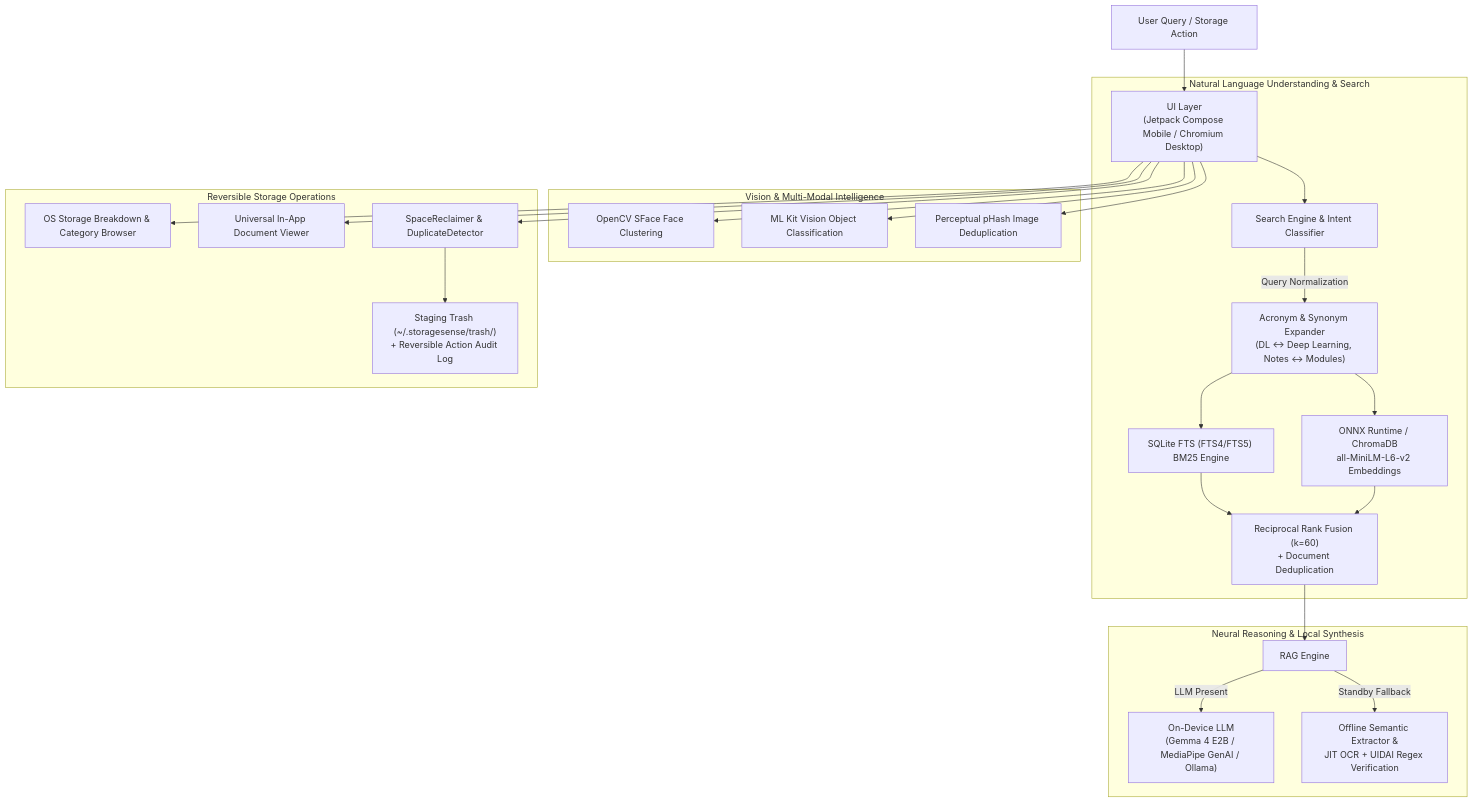
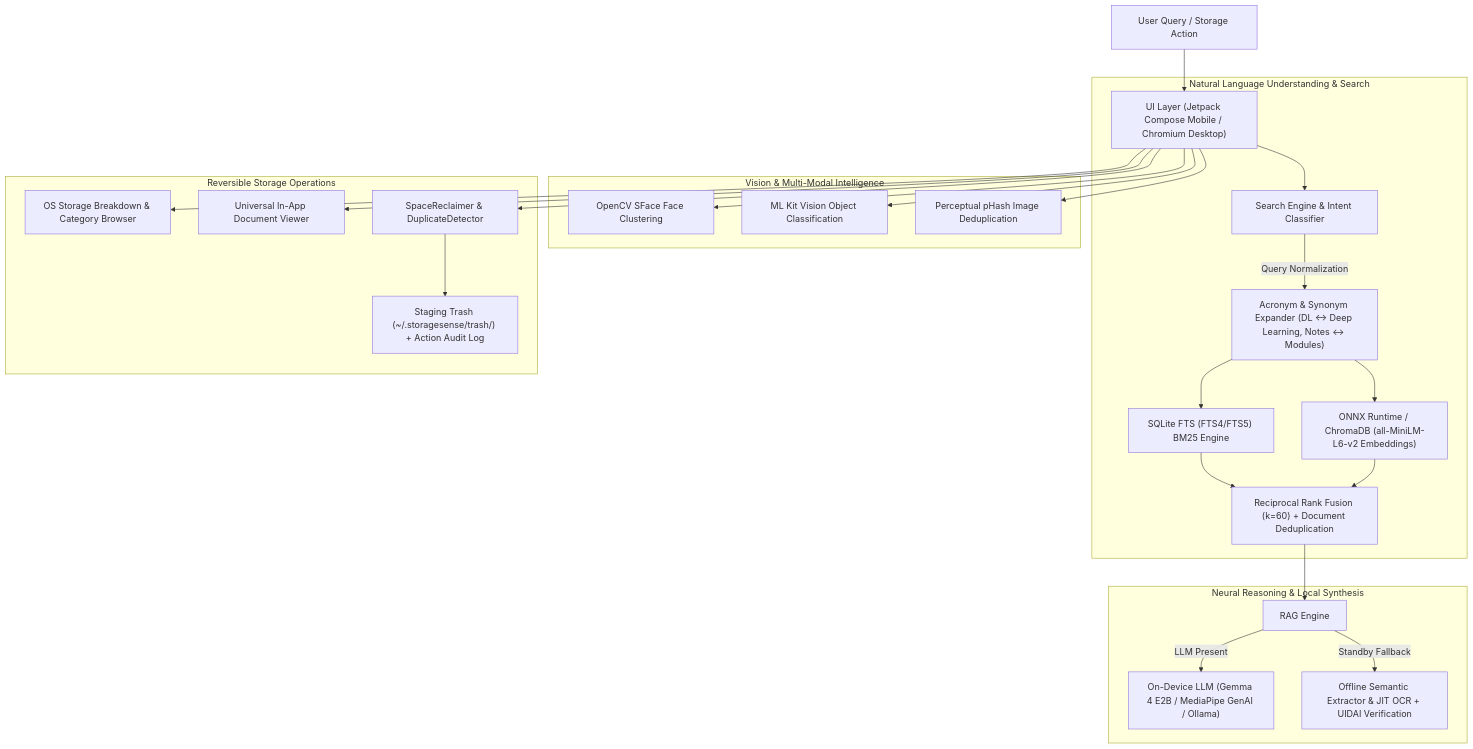
Before and after one commit to Orsted-Ninja/Reiatsu: the diagram in README.md, drawn with Mermaid. The commit also changed other lines of this file and 10 other files, not shown here.

Commit message:
docs: replace showcase images with video-extracted high-res screenshots and restore architecture diagram

````diff
--- a/README.md
+++ b/README.md
@@ -136,32 +136,32 @@
 ```mermaid
 flowchart TD
-    User["User Query / Storage Action"] --> UI["UI Layer<br/>(Jetpack Compose Mobile / Chromium Desktop)"]
+    User["User Query / Storage Action"] --> UI["UI Layer (Jetpack Compose Mobile / Chromium Desktop)"]
     
     subgraph Natural_Language_Understanding ["Natural Language Understanding & Search"]
         UI --> Intent["Search Engine & Intent Classifier"]
-        Intent -->|Query Normalization| Expander["Acronym & Synonym Expander<br/>(DL <-> Deep Learning, Notes <-> Modules)"]
+        Intent -->|Query Normalization| Expander["Acronym & Synonym Expander (DL ↔ Deep Learning, Notes ↔ Modules)"]
         Expander --> BM25["SQLite FTS (FTS4/FTS5) BM25 Engine"]
-        Expander --> Vector["ONNX Runtime / ChromaDB<br/>all-MiniLM-L6-v2 Embeddings"]
-        BM25 --> RRF["Reciprocal Rank Fusion (k=60)<br/>+ Document Deduplication"]
+        Expander --> Vector["ONNX Runtime / ChromaDB (all-MiniLM-L6-v2 Embeddings)"]
+        BM25 --> RRF["Reciprocal Rank Fusion (k=60) + Document Deduplication"]
         Vector --> RRF
     end
 
     subgraph Neural_Reasoning ["Neural Reasoning & Local Synthesis"]
         RRF --> RAG["RAG Engine"]
-        RAG -->|LLM Present| LLM["On-Device LLM<br/>(Gemma 4 E2B / MediaPipe GenAI / Ollama)"]
-        RAG -->|Standby Fallback| Semantic["Offline Semantic Extractor &<br/>JIT OCR + UIDAI Regex Verification"]
+        RAG -->|LLM Present| LLM["On-Device LLM (Gemma 4 E2B / MediaPipe GenAI / Ollama)"]
+        RAG -->|Standby Fallback| Semantic["Offline Semantic Extractor & JIT OCR + UIDAI Verification"]
     end
 
     subgraph Vision_Intelligence ["Vision & Multi-Modal Intelligence"]
         UI --> FaceRec["OpenCV SFace Face Clustering"]
         UI --> MLKit["ML Kit Vision Object Classification"]
         UI --> Perceptual["Perceptual pHash Image Deduplication"]
     end
 
     subgraph Storage_Operations ["Reversible Storage Operations"]
         UI --> Categories["OS Storage Breakdown & Category Browser"]
         UI --> Viewer["Universal In-App Document Viewer"]
         UI --> Safety["SpaceReclaimer & DuplicateDetector"]
-        Safety --> Trash["Staging Trash (~/.storagesense/trash/)<br/>+ Reversible Action Audit Log"]
+        Safety --> Trash["Staging Trash (~/.storagesense/trash/) + Action Audit Log"]
     end
 ```
````
